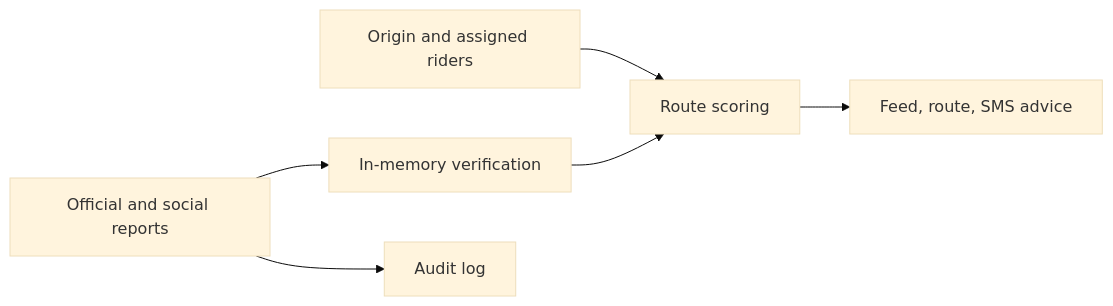
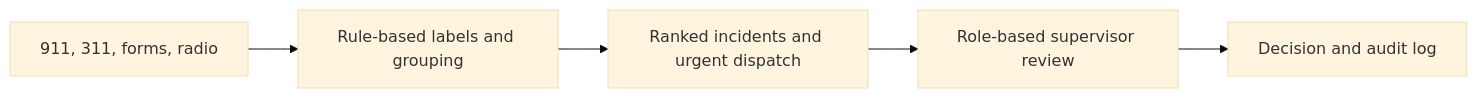
The diagram in ROUND-PLAN.md (bmwolff57/hackathon_10_7), drawn with Mermaid (base theme) before and after one commit. The commit also changed other lines of this file and 9 other files, not shown here.

````diff
--- a/ROUND-PLAN.md
+++ b/ROUND-PLAN.md
@@ -14,8 +14,7 @@
 ```mermaid
 graph LR
-    A[Official and social reports] --> B[In-memory verification]
-    C[Origin and assigned riders] --> D[Route scoring]
-    B --> D
-    D --> E[Feed, route, SMS advice]
-    A --> F[Audit log]
+    A[911, 311, forms, radio] --> B[Rule-based labels and grouping]
+    B --> C[Ranked incidents and urgent dispatch]
+    C --> D[Role-based supervisor review]
+    D --> E[Decision and audit log]
 ```
````
